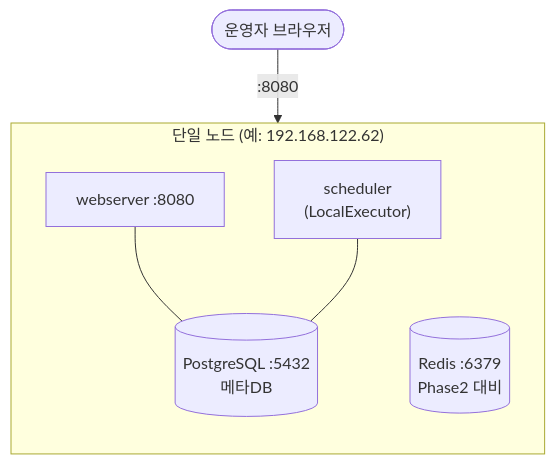
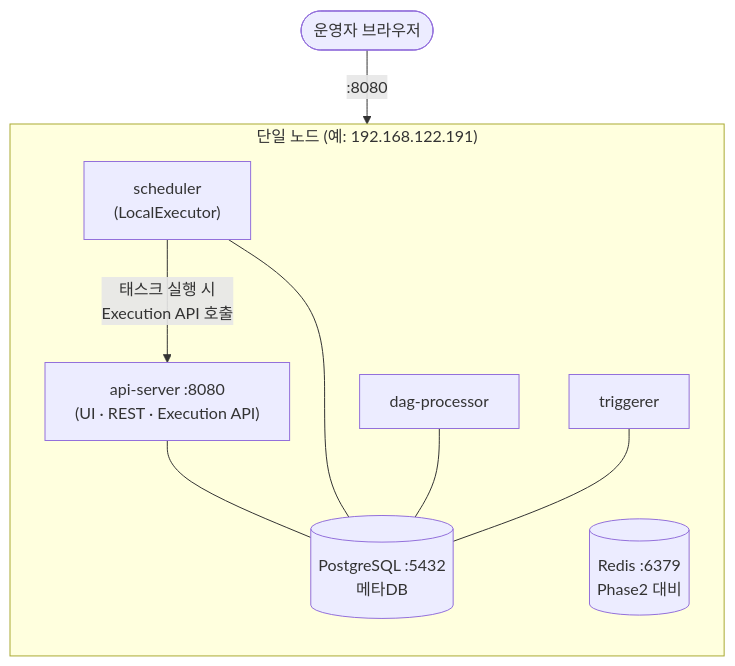
Before and after one commit to DataDynamics/airflow-installation: the second of 4 diagrams in README.md, drawn with Mermaid. The commit also changed other lines of this file and 18 other files, not shown here.

First line of the commit message:
Upgrade to Airflow 3.3.0 on python3.11 (api-server/dag-processor/JWT architecture)

````diff
--- a/README.md
+++ b/README.md
@@ -42,14 +47,19 @@
 ```mermaid
 flowchart TB
   User(["운영자 브라우저"])
-  subgraph N["단일 노드 (예: 192.168.122.62)"]
+  subgraph N["단일 노드 (예: 192.168.122.191)"]
     direction TB
-    WS["webserver :8080"]
+    API["api-server :8080<br/>(UI · REST · Execution API)"]
     SC["scheduler<br/>(LocalExecutor)"]
+    DP["dag-processor"]
+    TR["triggerer"]
     PG[("PostgreSQL :5432<br/>메타DB")]
     RD[("Redis :6379<br/>Phase2 대비")]
-    WS --- PG
+    API --- PG
     SC --- PG
+    DP --- PG
+    TR --- PG
+    SC -->|"태스크 실행 시<br/>Execution API 호출"| API
   end
-  User -->|":8080"| WS
+  User -->|":8080"| API
 ```
````
